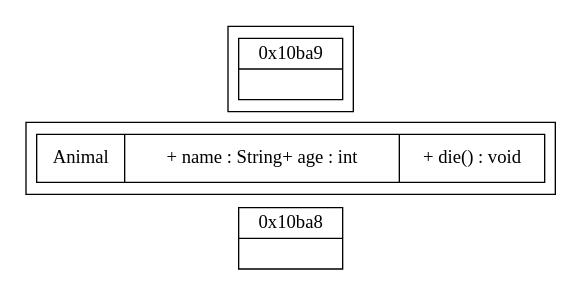
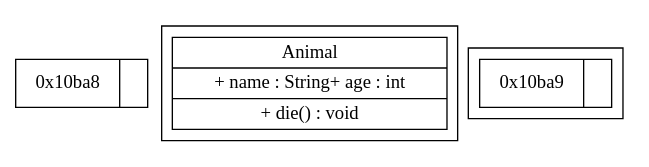
One commit to sisyphus1212/note changed the diagram in dpdk/内存管理.md. Above: the diagram before and after it, drawn with Graphviz.

Commit message:
auto_update

````diff
--- a/dpdk/内存管理.md
+++ b/dpdk/内存管理.md
@@ -16,20 +16,19 @@
 ```graphviz
 digraph g {
-	rankdir=LR;
+			rankdir=TB;
 	"node0" [
 		label = "0x10ba8| <f1>"
 		shape = "record"
 	];
 	subgraph cluster_0 {
 		rankdir=TB;
 		Animal[label = "{Animal | + name : String+ age : int |+ die() : void}", shape = "record" ];
 	}
 	subgraph cluster_1 {
-		rankdir=TB;
 		"node1" [
 			label = "0x10ba9| <f1>"
 			shape = "record"
 		];
 	}
 }
 ```
````
